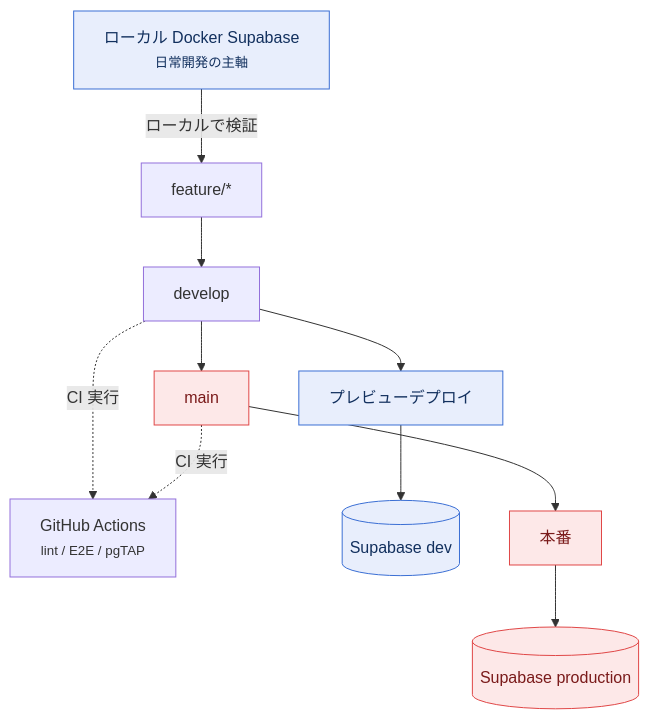
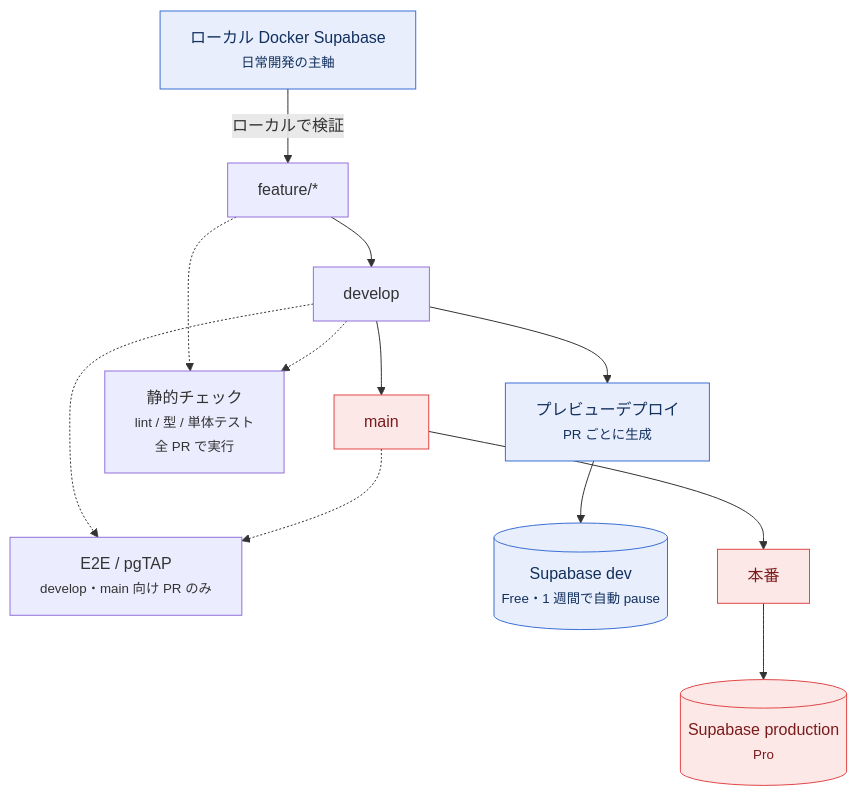
The fourth of 4 diagrams in docs/diagrams.md (tzptzptzptzptzp/ajipita-inside), drawn with Mermaid before and after one commit. The commit also changed other lines of this file and 12 other files, not shown here.

First line of the commit message:
🔍 第2回監査の指摘を反映（構成図の事実誤り4件）

````diff
--- a/docs/diagrams.md
+++ b/docs/diagrams.md
@@ -177,29 +178,32 @@
 ```mermaid
 flowchart TB
     DOCKER["ローカル Docker Supabase<br/><small>日常開発の主軸</small>"]
 
     FEATURE["feature/*"]
     DEVELOP["develop"]
     MAIN["main"]
-    CI["GitHub Actions<br/><small>lint / E2E / pgTAP</small>"]
+    CIFAST["静的チェック<br/><small>lint / 型 / 単体テスト<br/>全 PR で実行</small>"]
+    CISLOW["E2E / pgTAP<br/><small>develop・main 向け PR のみ</small>"]
 
-    PREVIEW["プレビューデプロイ"]
-    DEV_SB[("Supabase dev")]
+    PREVIEW["プレビューデプロイ<br/><small>PR ごとに生成</small>"]
+    DEV_SB[("Supabase dev<br/><small>Free・1 週間で自動 pause</small>")]
     PROD["本番"]
-    PROD_SB[("Supabase production")]
+    PROD_SB[("Supabase production<br/><small>Pro</small>")]
 
     DOCKER -->|"ローカルで検証"| FEATURE
     FEATURE --> DEVELOP
     DEVELOP --> MAIN
 
-    DEVELOP -.->|"CI 実行"| CI
-    MAIN -.->|"CI 実行"| CI
+    FEATURE -.-> CIFAST
+    DEVELOP -.-> CIFAST
+    DEVELOP -.-> CISLOW
+    MAIN -.-> CISLOW
 
     DEVELOP --> PREVIEW --> DEV_SB
     MAIN --> PROD --> PROD_SB
 
     classDef local fill:#e8eefc,stroke:#3b6fd4,color:#12305e
     classDef prod fill:#fde8e8,stroke:#e04747,color:#7a1a1a
     class DOCKER,PREVIEW,DEV_SB local
     class MAIN,PROD,PROD_SB prod
 ```
````
